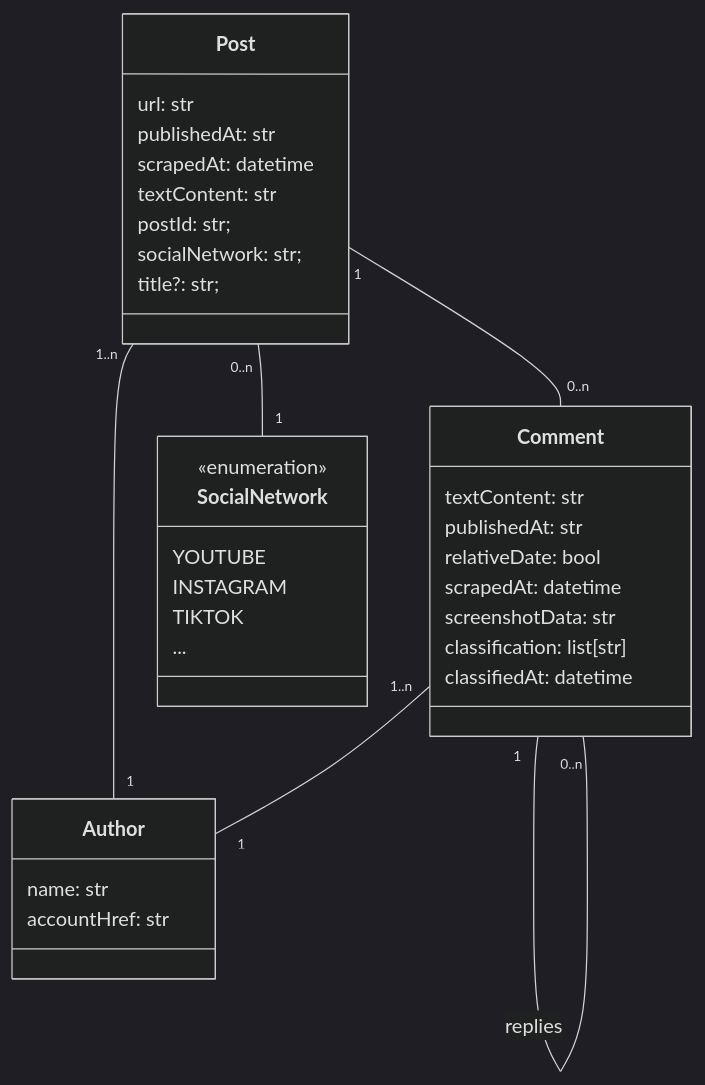
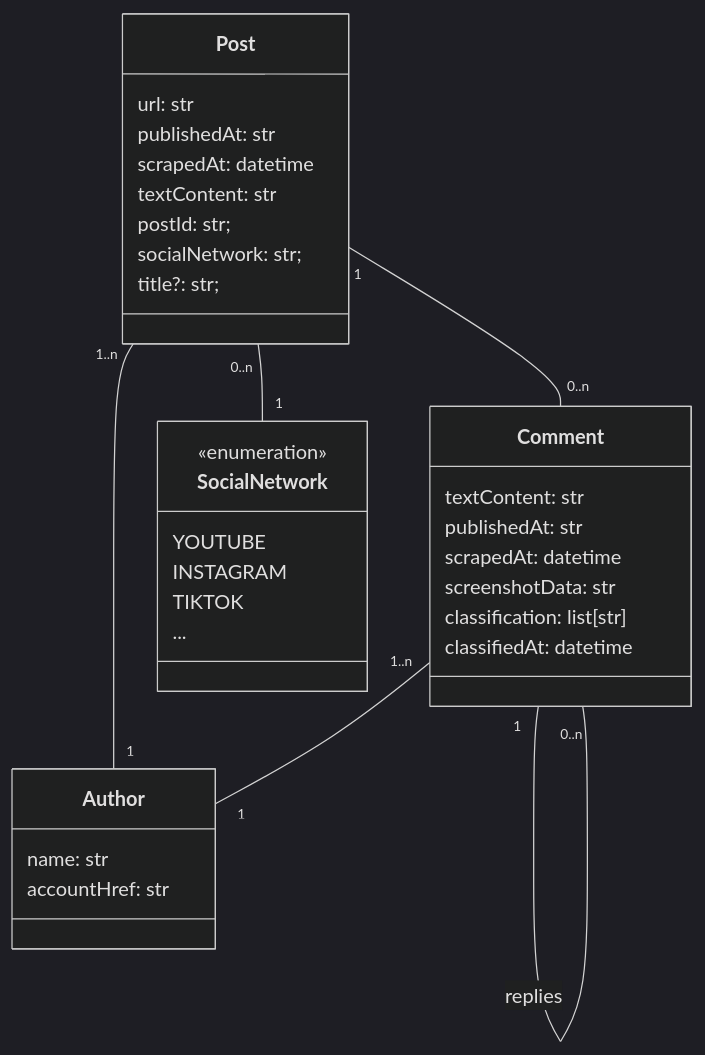
Before and after one commit to dataforgoodfr/14_BalanceTesHaters: the diagram in docs/frontend/model.md, drawn with Mermaid (dark theme). The commit also changed 2 other files, not shown here.

Commit message:
MAJ des doc d'architecture

````diff
--- a/docs/frontend/model.md
+++ b/docs/frontend/model.md
@@ -4,44 +4,43 @@
 ```mermaid
 classDiagram
     class Post {
         url: str
         
         publishedAt: str
 
         scrapedAt: datetime
         textContent: str
 
         postId: str;
         socialNetwork: str;
         title?: str;
     }
     
     class Author {
         name: str
         accountHref: str
     }
 
     class Comment {
         textContent: str
         publishedAt: str
-        relativeDate: bool
         scrapedAt: datetime
         screenshotData: str
         classification: list[str]
         classifiedAt: datetime
     }
 
     class SocialNetwork {
         <<enumeration>>
         YOUTUBE
         INSTAGRAM
         TIKTOK
         ...
     }
 
     Post "1..n" -- "1" Author
     Post "0..n" -- "1" SocialNetwork
     Post "1" -- "0..n" Comment
     Comment "1..n" -- "1" Author
     Comment "1" -- "0..n" Comment : replies
 ```
````
